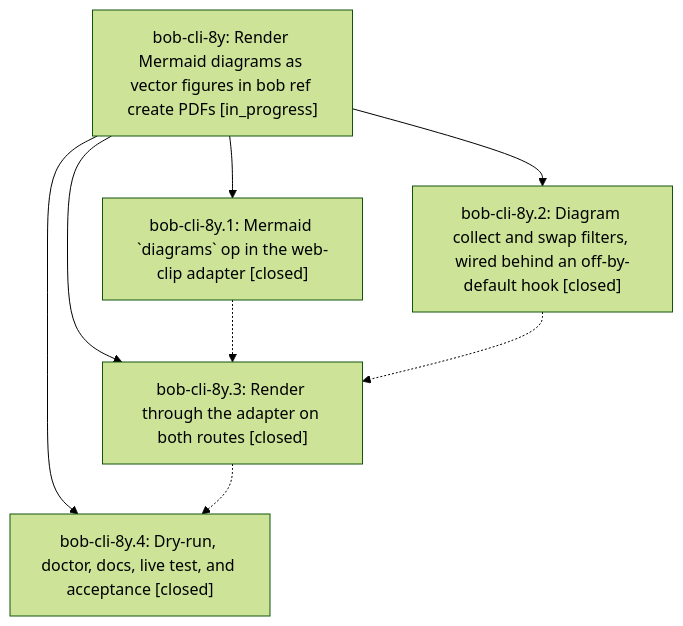
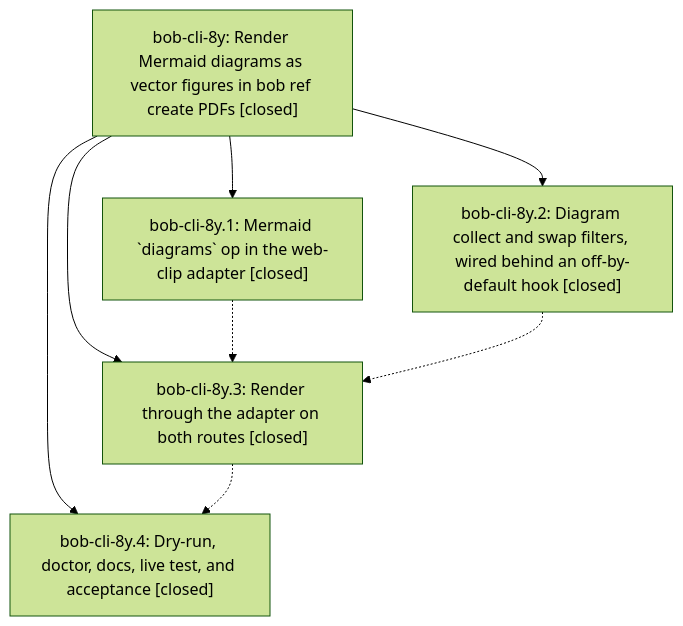
Before and after one commit to bobs-org/bob-cli--beads: the diagram in pages/bob-cli-8y/README.md, drawn with Mermaid (forest theme). The commit also changed other lines of this file and 1 other file, not shown here.

First line of the commit message:
chore(beads): sync bead state and pages for bob-cli-8y

````diff
--- a/pages/bob-cli-8y/README.md
+++ b/pages/bob-cli-8y/README.md
@@ -37,15 +47,15 @@
 ```mermaid
 flowchart TD
-    n0["bob-cli-8y: Render Mermaid diagrams as vector figures in bob ref create PDFs [in_progress]"]
+    n0["bob-cli-8y: Render Mermaid diagrams as vector figures in bob ref create PDFs [closed]"]
     n1["bob-cli-8y.1: Mermaid `diagrams` op in the web-clip adapter [closed]"]
     n2["bob-cli-8y.2: Diagram collect and swap filters, wired behind an off-by-default hook [closed]"]
     n3["bob-cli-8y.3: Render through the adapter on both routes [closed]"]
     n4["bob-cli-8y.4: Dry-run, doctor, docs, live test, and acceptance [closed]"]
     n0 --> n1
     n0 --> n2
     n0 --> n3
     n0 --> n4
     n1 -.-> n3
     n2 -.-> n3
     n3 -.-> n4
 ```
````
